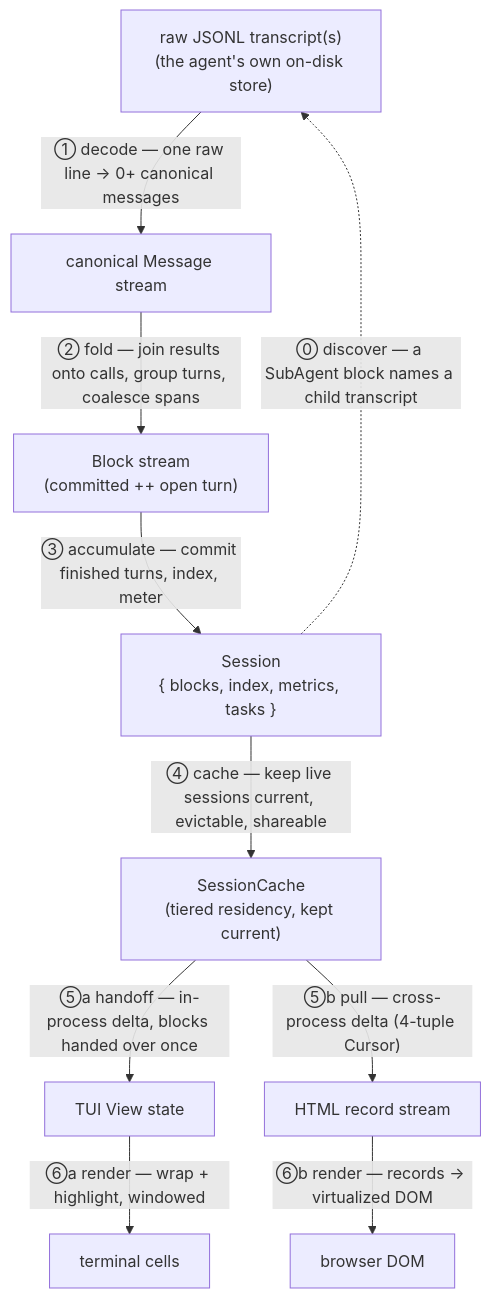
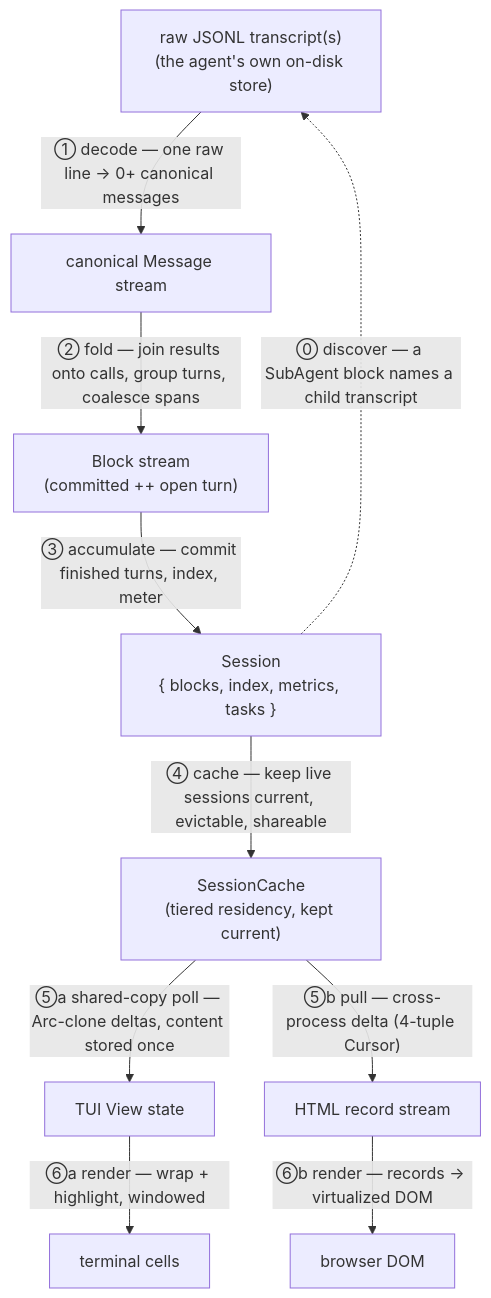
One commit to tanghong123/claude-replay changed the diagram in docs/architecture.md. Above: the diagram before and after it, drawn with Mermaid. The commit also changed other lines of this file and 4 other files, not shown here.

````diff
--- a/docs/architecture.md
+++ b/docs/architecture.md
@@ -84,22 +84,22 @@
 ```mermaid
 flowchart TB
   RAW["raw JSONL transcript(s)<br/>(the agent's own on-disk store)"]
   MSG["canonical Message stream"]
   BLK["Block stream<br/>(committed ++ open turn)"]
   SES["Session<br/>{ blocks, index, metrics, tasks }"]
   CACHE["SessionCache<br/>(tiered residency, kept current)"]
   TUI["TUI View state"]
   HTMLR["HTML record stream"]
   TERM["terminal cells"]
   DOM["browser DOM"]
 
   RAW  -->|"① decode — one raw line → 0+ canonical messages"| MSG
   MSG  -->|"② fold — join results onto calls, group turns, coalesce spans"| BLK
   BLK  -->|"③ accumulate — commit finished turns, index, meter"| SES
   SES  -->|"④ cache — keep live sessions current, evictable, shareable"| CACHE
-  CACHE -->|"⑤a handoff — in-process delta, blocks handed over once"| TUI
+  CACHE -->|"⑤a shared-copy poll — Arc-clone deltas, content stored once"| TUI
   CACHE -->|"⑤b pull — cross-process delta (4-tuple Cursor)"| HTMLR
   TUI  -->|"⑥a render — wrap + highlight, windowed"| TERM
   HTMLR -->|"⑥b render — records → virtualized DOM"| DOM
   SES  -.->|"⓪ discover — a SubAgent block names a child transcript"| RAW
 ```
````
